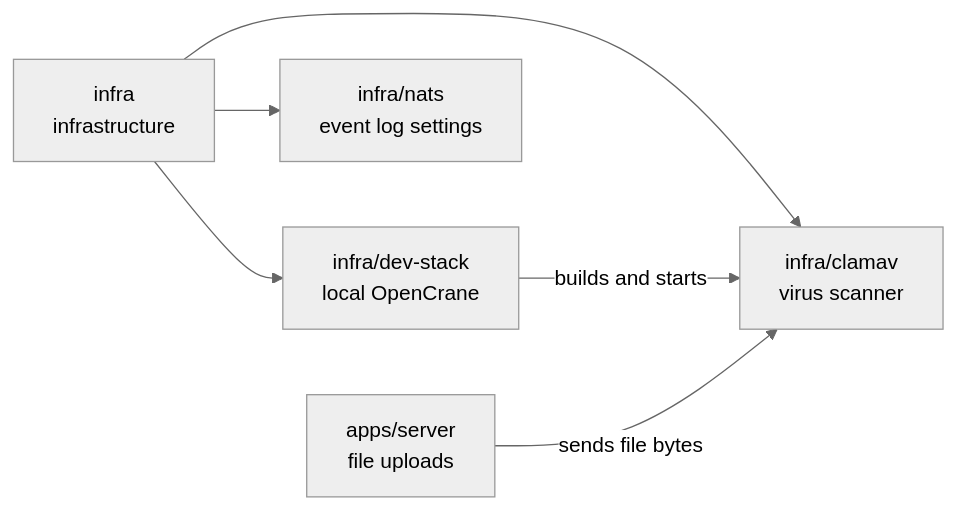
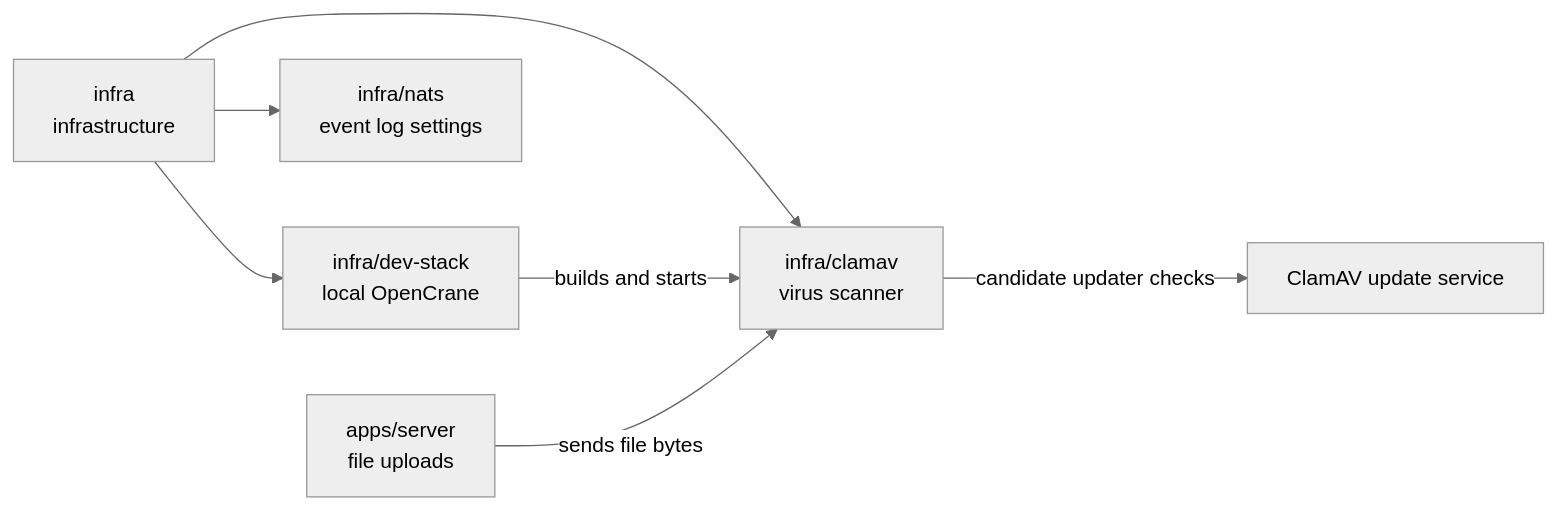
One commit to elewa-git/opencrane-new changed the diagram in infra/clamav/README.md. Above: the diagram before and after it, drawn with Mermaid (neutral theme). The commit also changed other lines of this file and 5 other files, not shown here.

````diff
--- a/infra/clamav/README.md
+++ b/infra/clamav/README.md
@@ -15,8 +15,9 @@
 ```mermaid
 flowchart LR
   infra["infra<br/>infrastructure"] --> clamav["infra/clamav<br/>virus scanner"]
   infra --> stack["infra/dev-stack<br/>local OpenCrane"]
   infra --> nats["infra/nats<br/>event log settings"]
   stack -->|builds and starts| clamav
   server["apps/server<br/>file uploads"] -->|sends file bytes| clamav
+  clamav -->|candidate updater checks| updates["ClamAV update service"]
 ```
````
